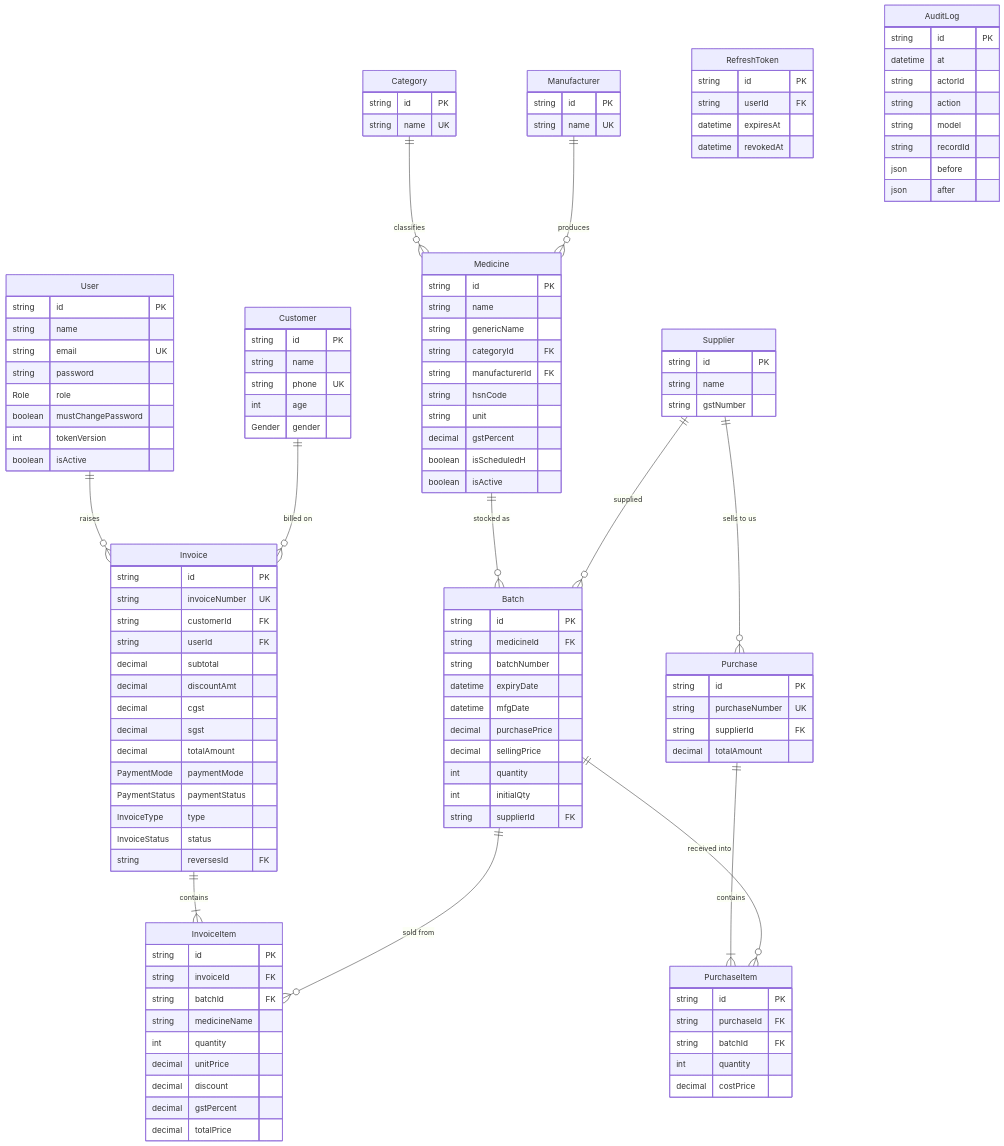
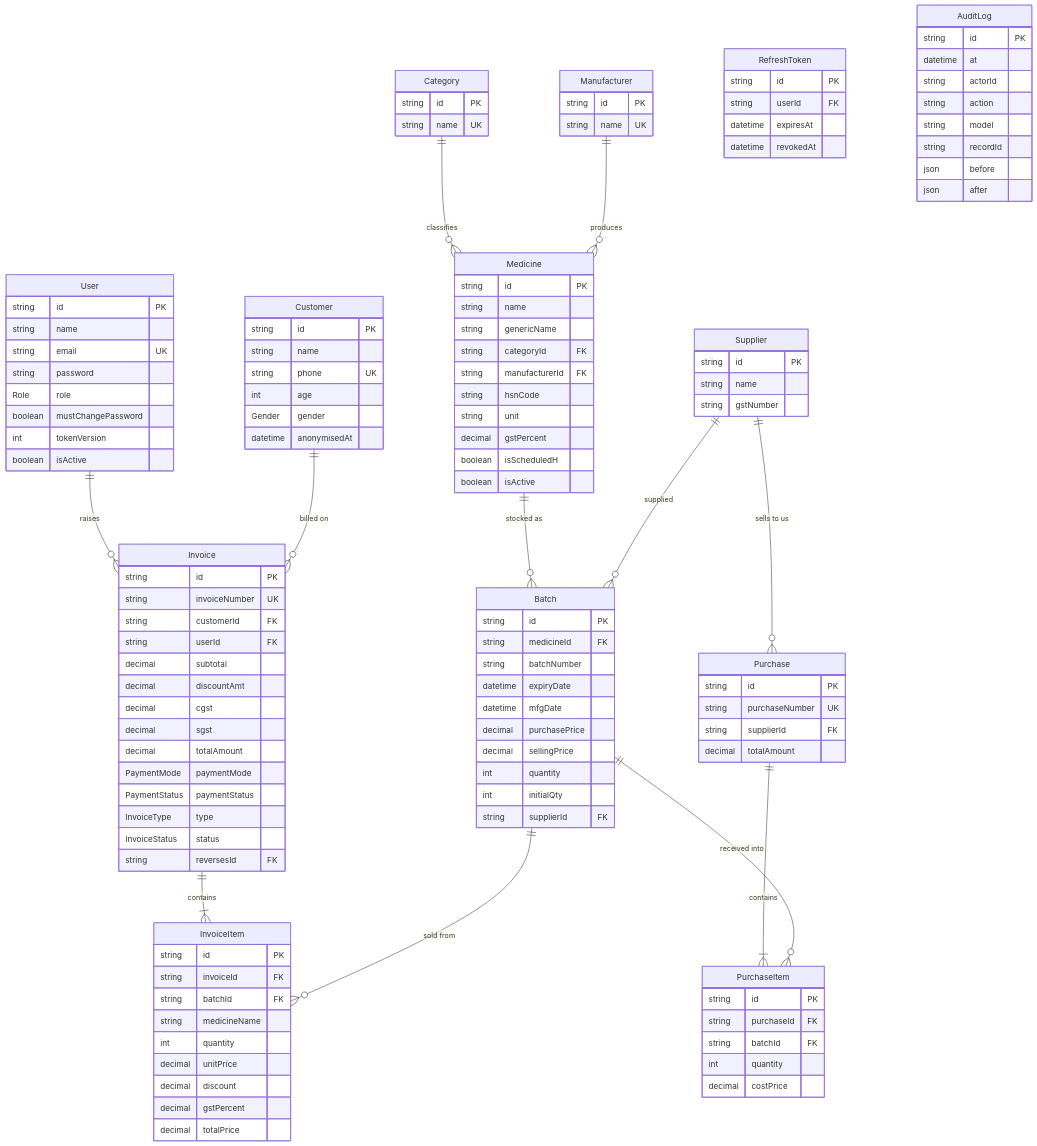
One commit to adarsh0707-kumar/medical-billing changed the diagram in docs/03-data-model.md. Above: the diagram before and after it, drawn with Mermaid. The commit also changed other lines of this file and 11 other files, not shown here.

```diff
--- a/docs/03-data-model.md
+++ b/docs/03-data-model.md
@@ -75,6 +75,7 @@
         string phone UK
         int age
         Gender gender
+        datetime anonymisedAt
     }
     Invoice {
         string id PK
```
